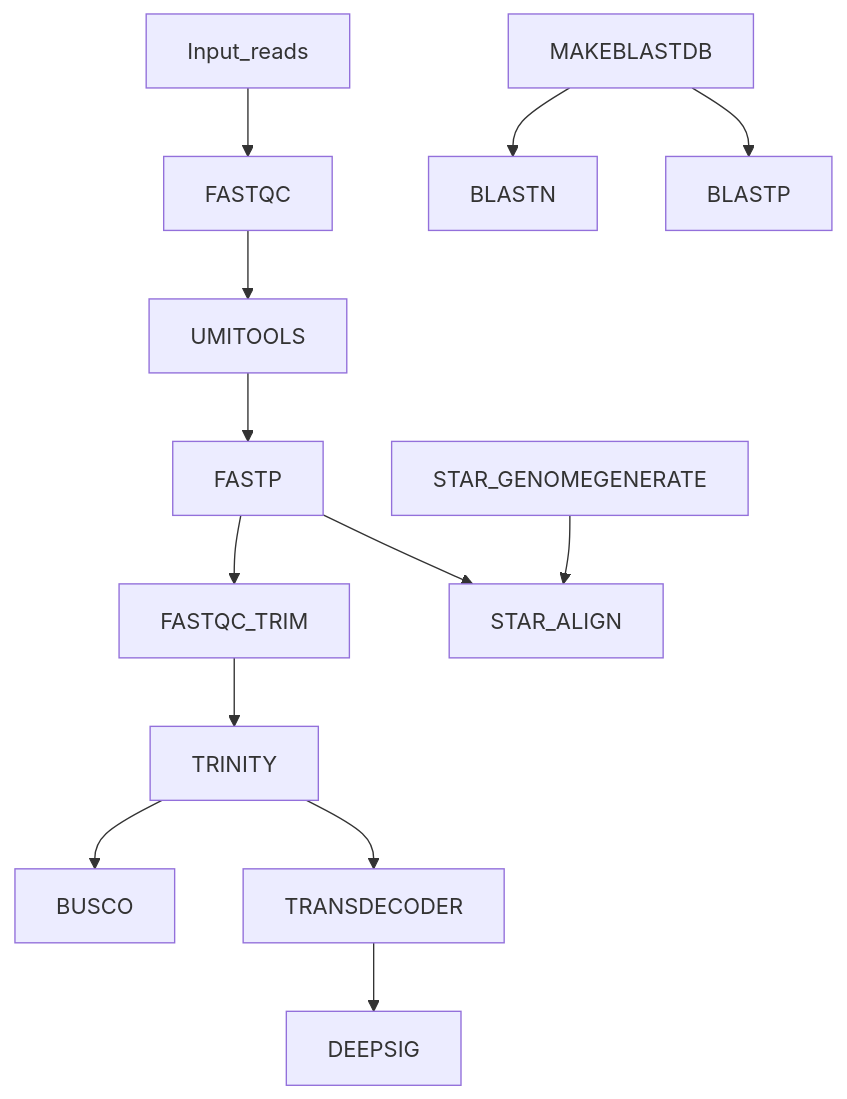
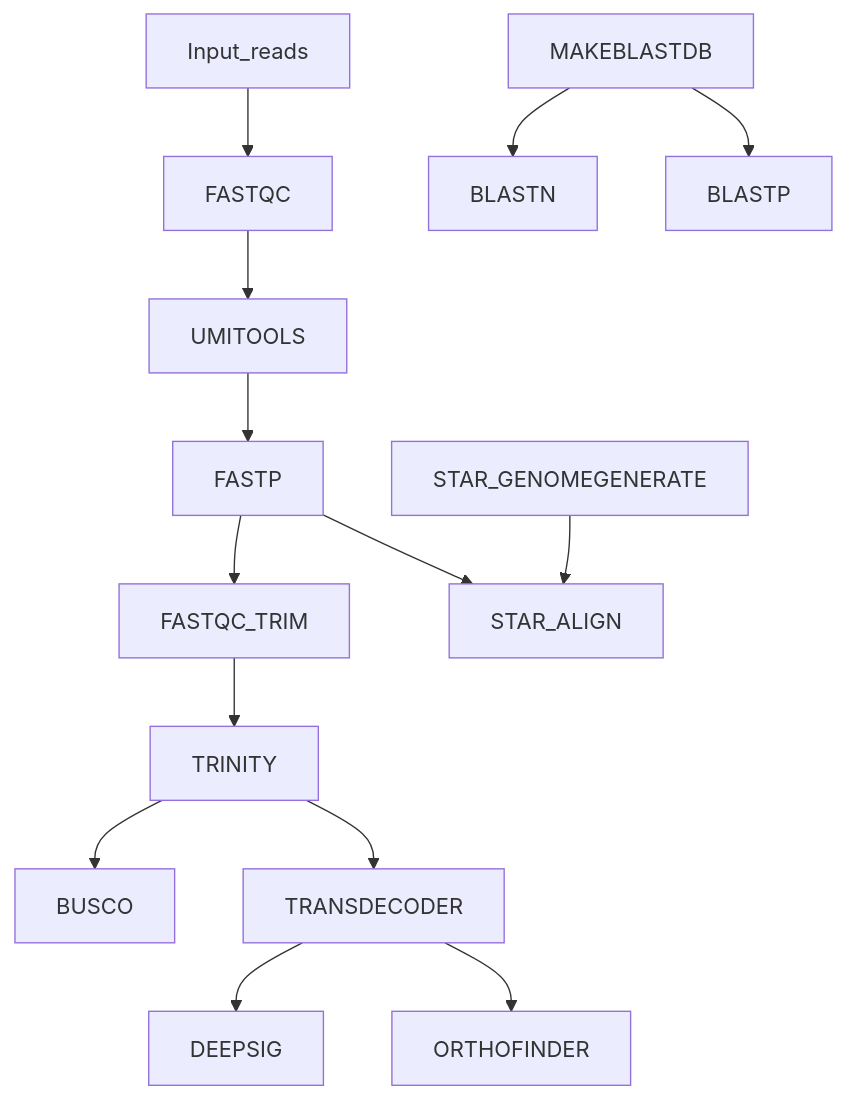
Before and after one commit to EPegueroS/transcriptassembler: the diagram in README.md, drawn with Mermaid.

Commit message:
Added OrthoFinder block to mermaid chart on README

````diff
--- a/README.md
+++ b/README.md
@@ -22,15 +22,16 @@
 ```mermaid
 graph TD;
     Input_reads-->FASTQC;
     FASTQC-->UMITOOLS;
     UMITOOLS-->FASTP;
     FASTP-->FASTQC_TRIM;
     FASTQC_TRIM-->TRINITY;
     TRINITY-->BUSCO;
     TRINITY-->TRANSDECODER;
     TRANSDECODER-->DEEPSIG;
+    TRANSDECODER-->ORTHOFINDER;
     MAKEBLASTDB-->BLASTN;
     MAKEBLASTDB-->BLASTP;
     STAR_GENOMEGENERATE-->STAR_ALIGN;
     FASTP-->STAR_ALIGN;
 ```
````
